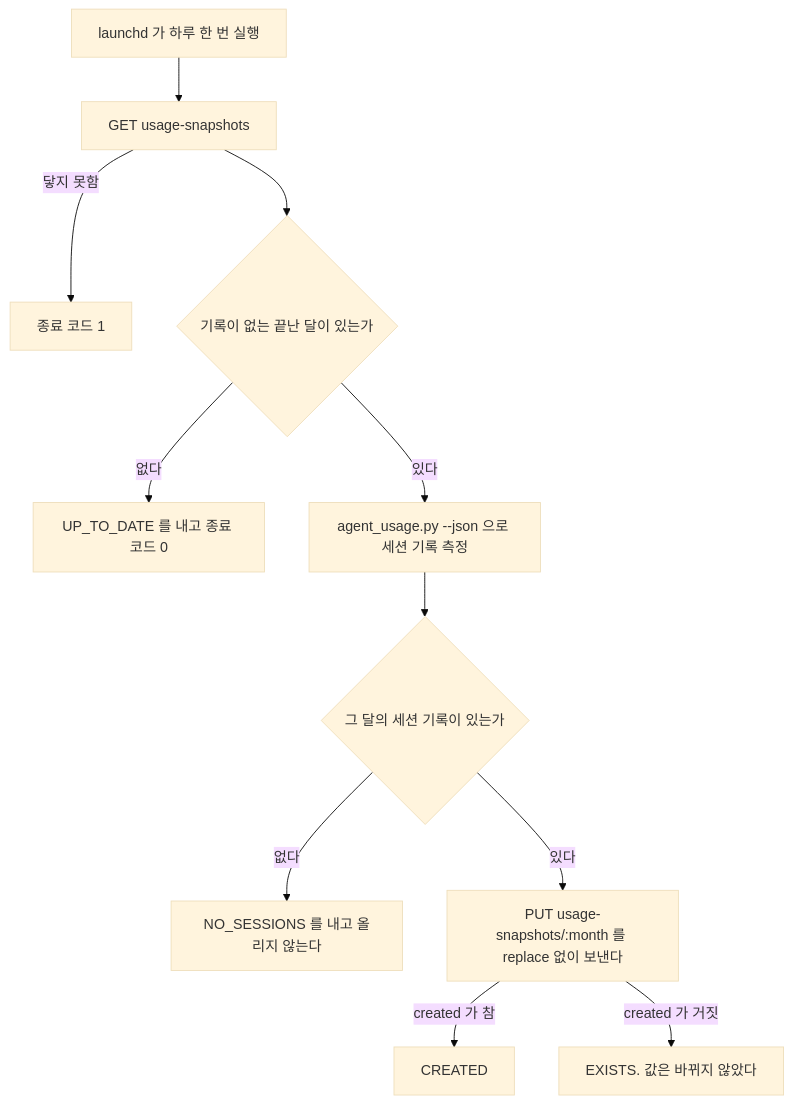
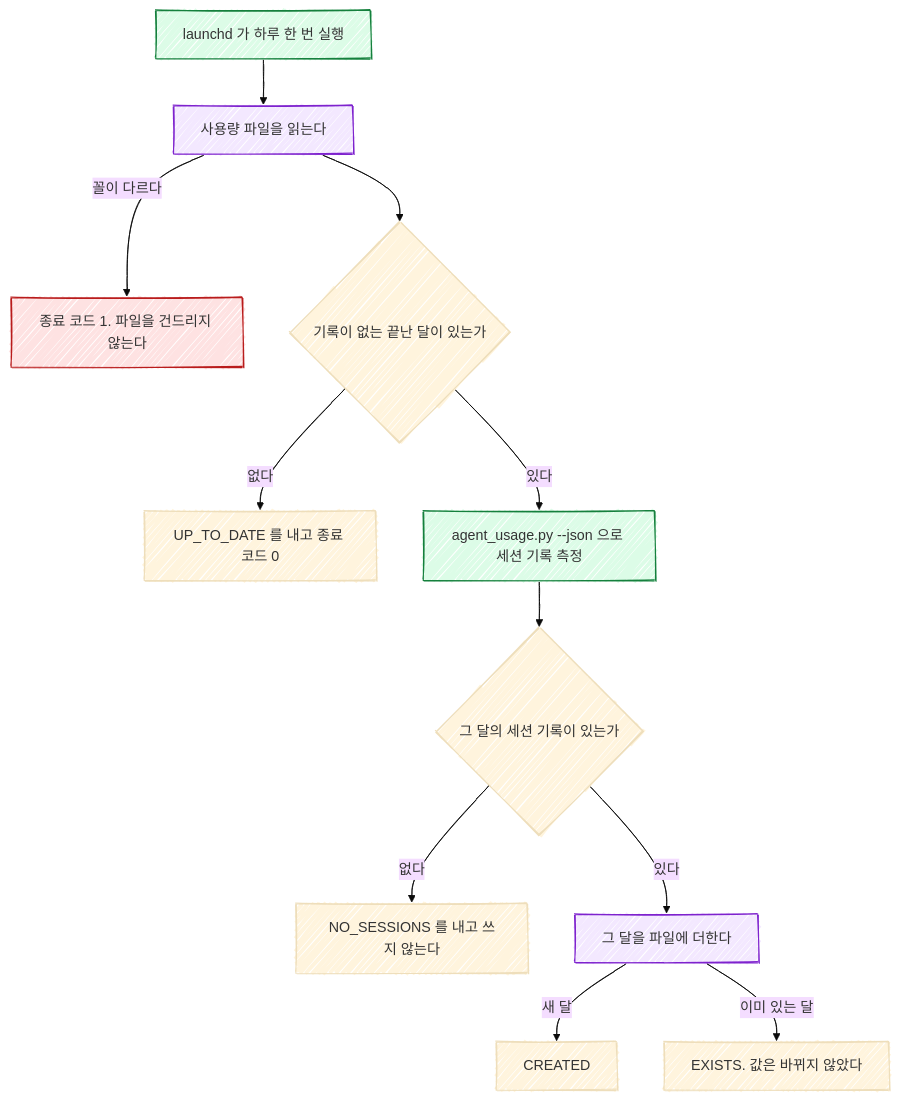
The eighth of 9 diagrams in career-os/docs/flow.md (jon890/fos-agents), drawn with Mermaid (base theme) before and after one commit. The commit also changed other lines of this file and 15 other files, not shown here.

````diff
--- a/career-os/docs/flow.md
+++ b/career-os/docs/flow.md
@@ -842,13 +692,20 @@
 ```mermaid
+---
+config:
+  look: handDrawn
+---
 flowchart TD
-    L[launchd 가 하루 한 번 실행] --> G[GET usage-snapshots]
-    G -->|닿지 못함| X[종료 코드 1]
+    L[launchd 가 하루 한 번 실행]:::run --> G[사용량 파일을 읽는다]:::file
+    G -->|꼴이 다르다| X[종료 코드 1. 파일을 건드리지 않는다]:::stop
     G --> T{기록이 없는 끝난 달이 있는가}
     T -->|없다| U[UP_TO_DATE 를 내고 종료 코드 0]
-    T -->|있다| M[agent_usage.py --json 으로 세션 기록 측정]
+    T -->|있다| M[agent_usage.py --json 으로 세션 기록 측정]:::run
     M --> D{그 달의 세션 기록이 있는가}
-    D -->|없다| N[NO_SESSIONS 를 내고 올리지 않는다]
-    D -->|있다| P[PUT usage-snapshots/:month 를 replace 없이 보낸다]
-    P -->|created 가 참| C[CREATED]
-    P -->|created 가 거짓| E[EXISTS. 값은 바뀌지 않았다]
+    D -->|없다| N[NO_SESSIONS 를 내고 쓰지 않는다]
+    D -->|있다| P[그 달을 파일에 더한다]:::file
+    P -->|새 달| C[CREATED]
+    P -->|이미 있는 달| E[EXISTS. 값은 바뀌지 않았다]
+    classDef run fill:#dcfce7,stroke:#15803d
+    classDef file fill:#f3e8ff,stroke:#7e22ce
+    classDef stop fill:#fee2e2,stroke:#b91c1c
 ```
````
